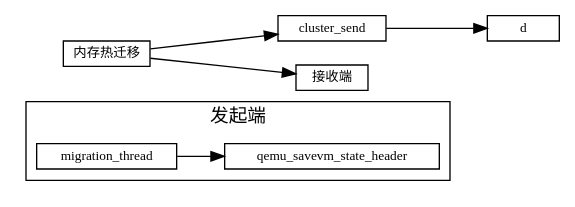
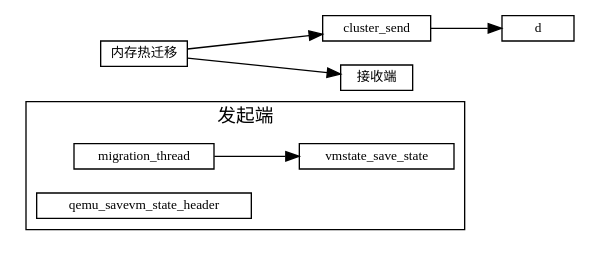
One commit to sisyphus1212/note changed the diagram in 虚拟化/热迁移/1-内存热迁移.md. Above: the diagram before and after it, drawn with Graphviz.

Commit message:
auto_update

````diff
--- a/虚拟化/热迁移/1-内存热迁移.md
+++ b/虚拟化/热迁移/1-内存热迁移.md
@@ -11,21 +11,22 @@
 ```graphviz
 digraph 热迁移 {
 fontname="Helvetica,Arial,sans-serif"
 //node [fontname="Helvetica,Arial,sans-serif"]
 edge [fontname="Helvetica,Arial,sans-serif"]
 rankdir="LR"
 node [fontsize=10, shape=box, height=0.25]
 edge [fontsize=10]
 
   subgraph cluster_send {
     label="发起端";
-    migration_thread -> qemu_savevm_state_header
+    migration_thread -> vmstate_save_state
+    qemu_savevm_state_header
   }
 
 内存热迁移 [label="内存热迁移"]
 内存热迁移 -> cluster_send
            -> d
 
 内存热迁移 -> 接收端
 }
 ```
````
